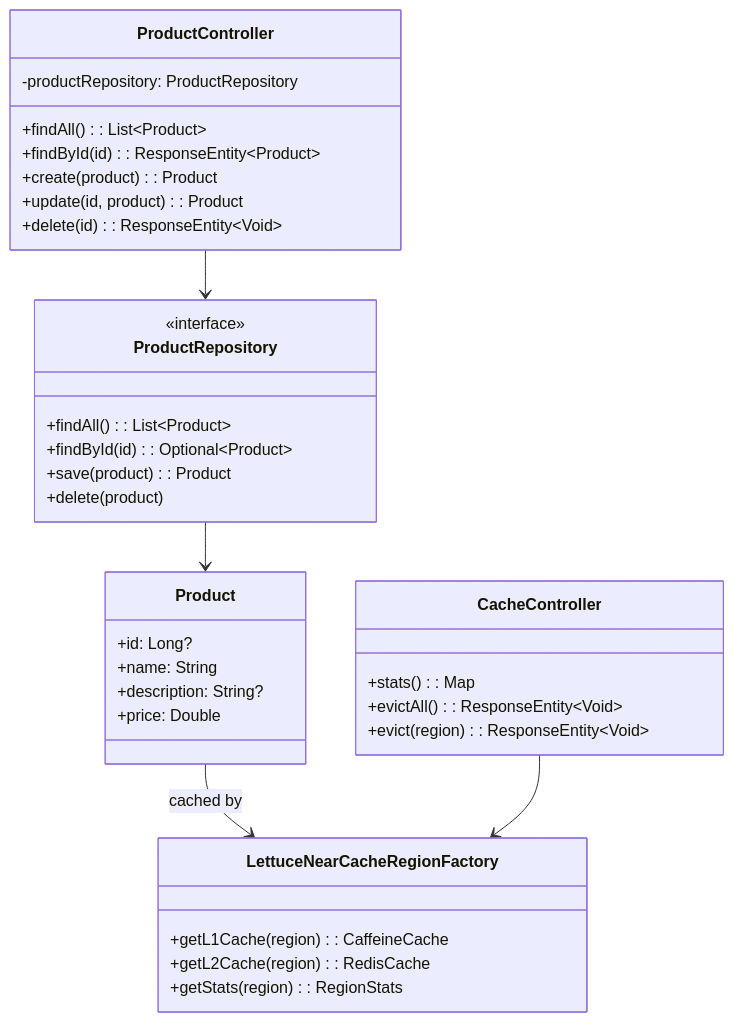
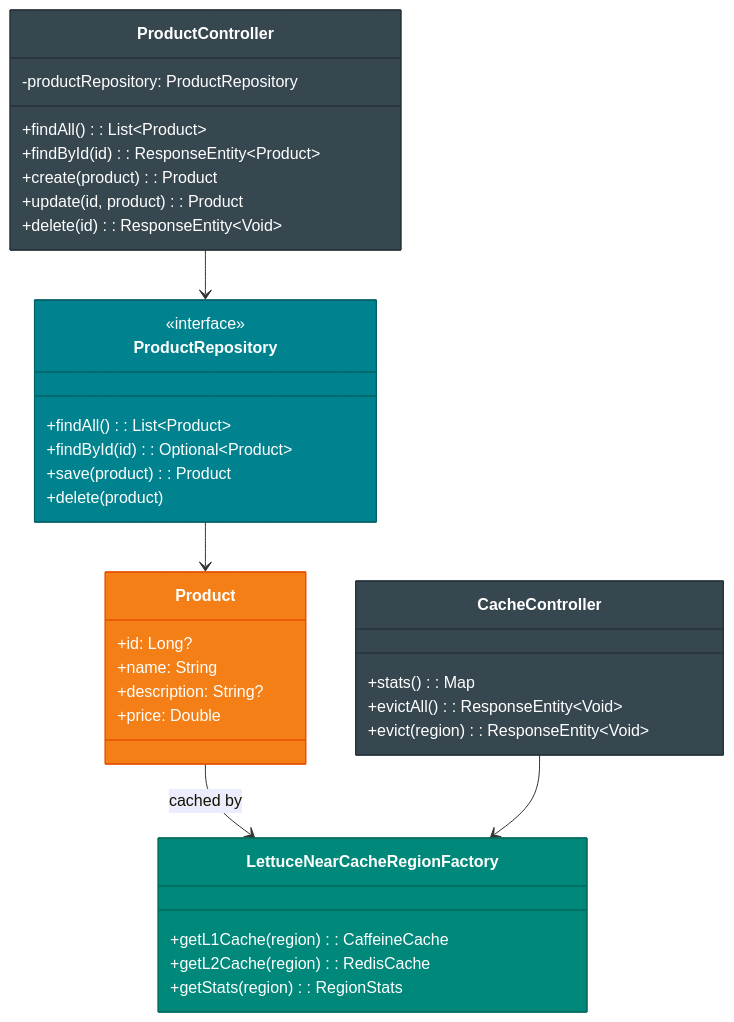
The first of 2 diagrams in spring-boot3/hibernate-lettuce-demo/README.ko.md (bluetape4k/bluetape4k-projects), drawn with Mermaid before and after one commit. The commit also changed other lines of this file and 221 other files, not shown here.

First line of the commit message:
docs: 전체 모듈 README UML 다이어그램 보강 및 색상 업그레이드

````diff
--- a/spring-boot3/hibernate-lettuce-demo/README.ko.md
+++ b/spring-boot3/hibernate-lettuce-demo/README.ko.md
@@ -38,39 +38,45 @@
 ```mermaid
 classDiagram
     class ProductController {
         -productRepository: ProductRepository
         +findAll(): List~Product~
         +findById(id): ResponseEntity~Product~
         +create(product): Product
         +update(id, product): Product
         +delete(id): ResponseEntity~Void~
     }
     class CacheController {
         +stats(): Map
         +evictAll(): ResponseEntity~Void~
         +evict(region): ResponseEntity~Void~
     }
     class ProductRepository {
         <<interface>>
         +findAll(): List~Product~
         +findById(id): Optional~Product~
         +save(product): Product
         +delete(product)
     }
     class Product {
         +id: Long?
         +name: String
         +description: String?
         +price: Double
     }
     class LettuceNearCacheRegionFactory {
         +getL1Cache(region): CaffeineCache
         +getL2Cache(region): RedisCache
         +getStats(region): RegionStats
     }
 
     ProductController --> ProductRepository
     ProductRepository --> Product
     Product --> LettuceNearCacheRegionFactory : cached by
     CacheController --> LettuceNearCacheRegionFactory
+
+    style ProductController fill:#37474F,stroke:#263238,color:#FFFFFF
+    style CacheController fill:#37474F,stroke:#263238,color:#FFFFFF
+    style ProductRepository fill:#00838F,stroke:#006064,color:#FFFFFF
+    style Product fill:#F57F17,stroke:#E65100,color:#FFFFFF
+    style LettuceNearCacheRegionFactory fill:#00897B,stroke:#00695C,color:#FFFFFF
 ```
````
